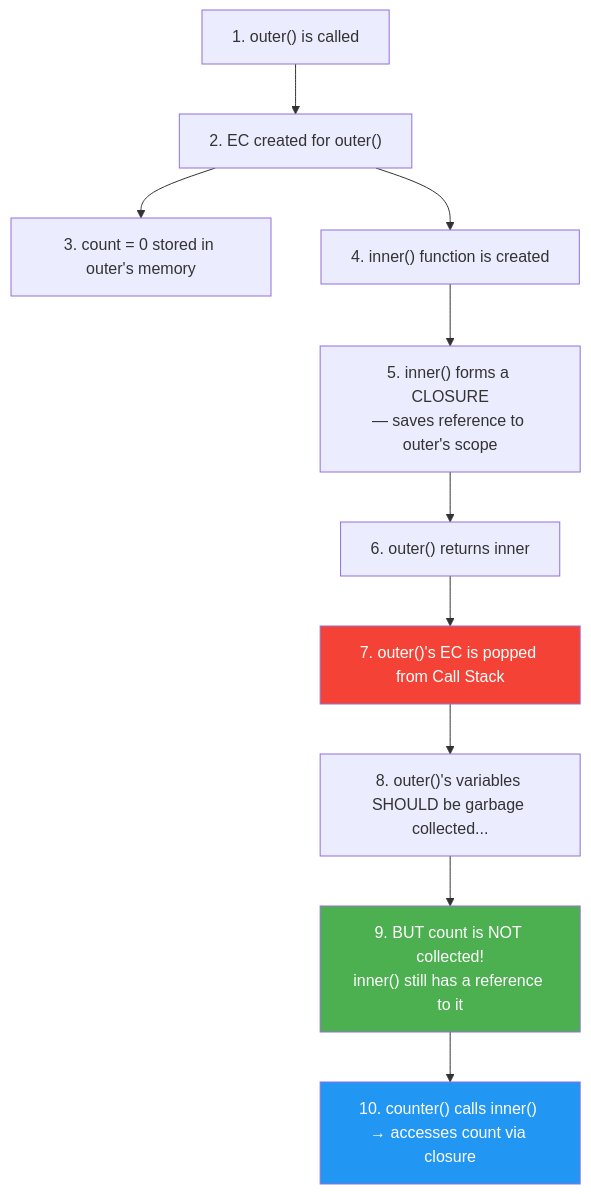
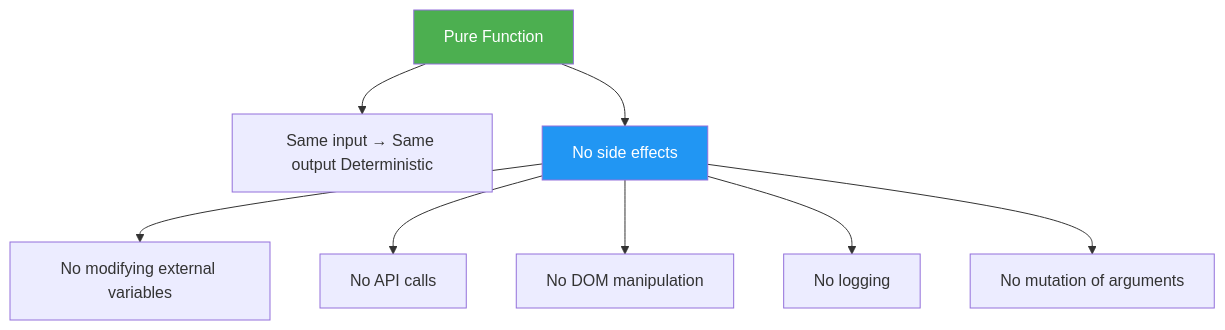
One commit to Kshitijgul/Notes changed diagram 19 of 30 in Javascript/Chapter5_Functions.md. Above: the diagram before and after it, drawn with Mermaid. The commit also changed other lines of this file and 1 other file, not shown here.

````diff
--- a/Javascript/Chapter5_Functions.md
+++ b/Javascript/Chapter5_Functions.md
@@ -3032,16 +1761,14 @@
 ```mermaid
 flowchart TD
-    A["1. outer() is called"] --> B["2. EC created for outer()"]
-    B --> C["3. count = 0 stored in outer's memory"]
-    B --> D["4. inner() function is created"]
-    D --> E["5. inner() forms a CLOSURE<br>— saves reference to outer's scope"]
-    E --> F["6. outer() returns inner"]
-    F --> G["7. outer()'s EC is popped from Call Stack"]
-    G --> H["8. outer()'s variables SHOULD be garbage collected..."]
-    H --> I["9. BUT count is NOT collected!<br>inner() still has a reference to it"]
-    I --> J["10. counter() calls inner() → accesses count via closure"]
-    
-    style G fill:#f44336,color:white
-    style I fill:#4CAF50,color:white
-    style J fill:#2196F3,color:white
+    A["Pure Function"] --> B["Same input → Same output Deterministic"]
+    A --> C["No side effects"]
+
+    C --> D["No modifying external variables"]
+    C --> E["No API calls"]
+    C --> F["No DOM manipulation"]
+    C --> G["No logging"]
+    C --> H["No mutation of arguments"]
+
+    style A fill:#4CAF50,color:white
+    style C fill:#2196F3,color:white
 ```
````
